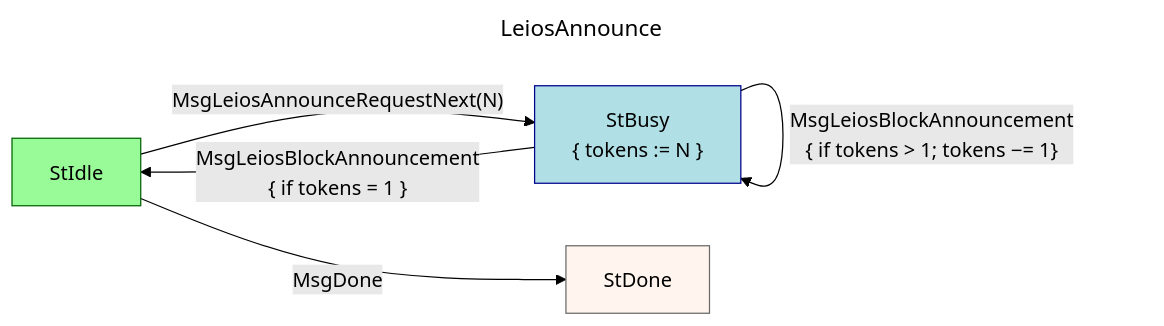
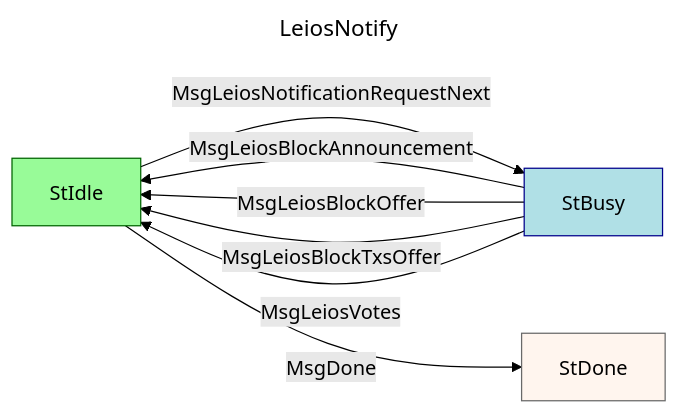
One commit to cardano-foundation/CIPs changed the first of 2 diagrams in CIP-0164/README.md. Above: the diagram before and after it, drawn with Mermaid (forest theme). The commit also changed other lines of this file, not shown here.

````diff
--- a/CIP-0164/README.md
+++ b/CIP-0164/README.md
@@ -1355,17 +1395,17 @@
 ```mermaid
 ---
-title: LeiosAnnounce
+title: LeiosNotify
 ---
 graph LR
    style StIdle fill:PaleGreen,stroke:DarkGreen;
    style StBusy fill:PowderBlue,stroke:DarkBlue;
    style StDone fill:SeaShell,stroke:DimGray;
 
-   StBusy["StBusy<br>{ tokens := N }"]
-
-   StIdle -->|"MsgLeiosAnnounceRequestNext(N)"| StBusy
-   StBusy -->|"MsgLeiosBlockAnnouncement<br>{ if tokens > 1; tokens −= 1}"| StBusy
-   StBusy -->|"MsgLeiosBlockAnnouncement<br>{ if tokens = 1 }"| StIdle
+   StIdle -->|MsgLeiosNotificationRequestNext| StBusy
+   StBusy -->|MsgLeiosBlockAnnouncement| StIdle
+   StBusy -->|MsgLeiosBlockOffer| StIdle
+   StBusy -->|MsgLeiosBlockTxsOffer| StIdle
+   StBusy -->|MsgLeiosVotes| StIdle
 
    StIdle -->|MsgDone| StDone
 ```
````
